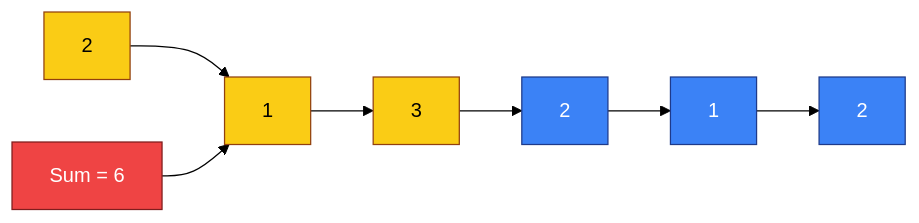
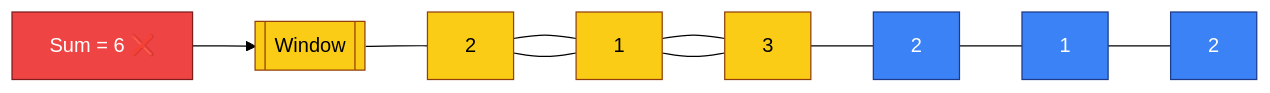
One commit to bhaskarneerati/coding-mermaid-diagrams changed the seventh of 11 diagrams in sliding-window.md. Above: the diagram before and after it, drawn with Mermaid (forest theme). The commit also changed other lines of this file, not shown here.

````diff
--- a/sliding-window.md
+++ b/sliding-window.md
@@ -121,16 +120,19 @@
 ```mermaid
 flowchart LR
-B1[2] --> B2[1] --> B3[3] --> B4[2] --> B5[1] --> B6[2]
+A1[2] --- A2[1] --- A3[3] --- A4[2] --- A5[1] --- A6[2]
 
-sum[Sum = 6]
+W1[[Window]] --- A1 --- A2 --- A3
 
-sum --> B2
+sum[Sum = 6 ❌]
+
+sum --> W1
 
 classDef base fill:#3b82f6,stroke:#1e3a8a,color:#ffffff;
 classDef window fill:#facc15,stroke:#92400e,color:#000000;
 classDef bad fill:#ef4444,stroke:#7f1d1d,color:#ffffff;
 
-class B1,B2,B3 window;
-class B4,B5,B6 base;
+class A1,A2,A3 window;
+class A4,A5,A6 base;
+class W1 window;
 class sum bad;
 ```
````
